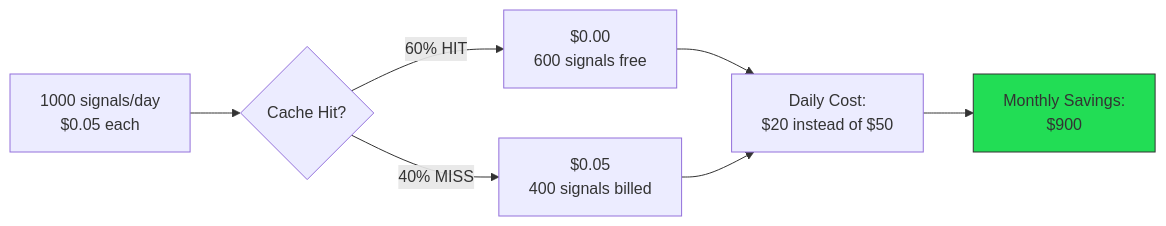
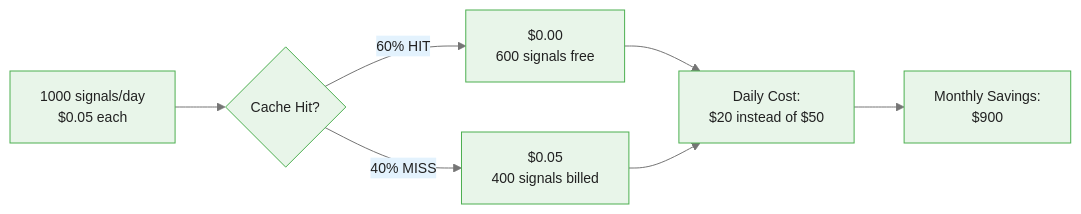
The third of 6 diagrams in courses/genai-commodities/modules/module_06_production/guides/03_optimization_slides.md (m-deane/course-creator), drawn with Mermaid before and after one commit. The commit also changed other lines of this file and 84 other files, not shown here.

````diff
--- a/courses/genai-commodities/modules/module_06_production/guides/03_optimization_slides.md
+++ b/courses/genai-commodities/modules/module_06_production/guides/03_optimization_slides.md
@@ -205,13 +227,12 @@
 ```mermaid
+%%{init: {"theme": "base", "themeVariables": {"primaryColor": "#e8f5e9", "primaryBorderColor": "#4caf50", "primaryTextColor": "#212121", "secondaryColor": "#e3f2fd", "tertiaryColor": "#fff8e1", "lineColor": "#757575", "fontFamily": "Inter, sans-serif", "fontSize": "14px"}}}%%
 flowchart LR
     A[1000 signals/day<br/>$0.05 each] --> B{Cache Hit?}
     B -->|60% HIT| C[$0.00<br/>600 signals free]
     B -->|40% MISS| D[$0.05<br/>400 signals billed]
 
     C --> E[Daily Cost:<br/>$20 instead of $50]
     D --> E
 
     E --> F[Monthly Savings:<br/>$900]
-
-    style F fill:#2d5,stroke:#333
 ```
````
